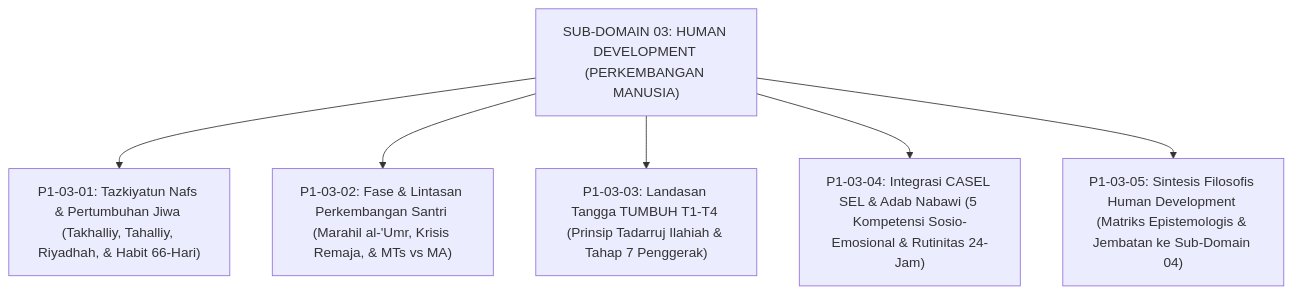
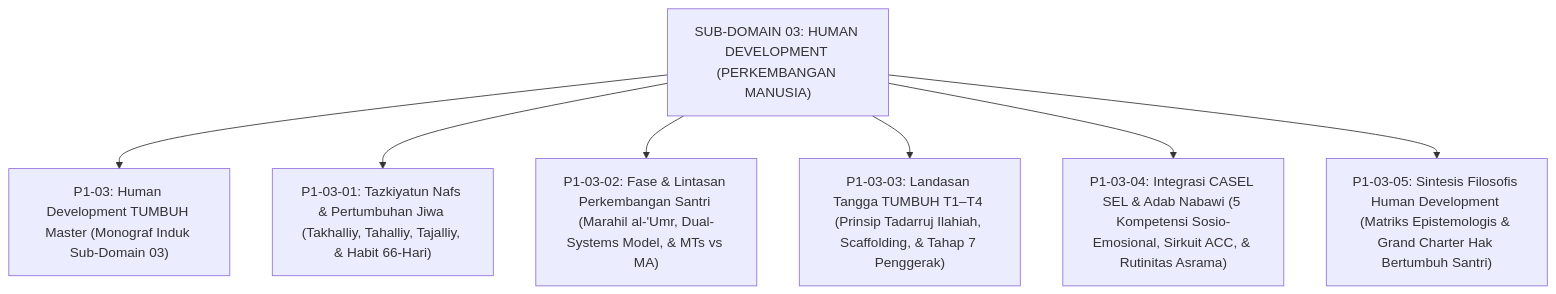
Before and after one commit to wandiapriliyandi/tumbuh: the diagram in 01 Philosophy/03 Human Development/README.md, drawn with Mermaid. The commit also changed other lines of this file and 31 other files, not shown here.

Commit message:
feat(philosophy): complete 100% comprehensive monographs for Sub-Domain 03, 04, 05, and 06 in 01 Philosophy

````diff
--- a/01 Philosophy/03 Human Development/README.md
+++ b/01 Philosophy/03 Human Development/README.md
@@ -14,10 +14,11 @@
 ```mermaid
 graph TD
     HumanDev["SUB-DOMAIN 03: HUMAN DEVELOPMENT (PERKEMBANGAN MANUSIA)"]
     
-    HumanDev --> M1["P1-03-01: Tazkiyatun Nafs & Pertumbuhan Jiwa (Takhalliy, Tahalliy, Riyadhah, & Habit 66-Hari)"]
-    HumanDev --> M2["P1-03-02: Fase & Lintasan Perkembangan Santri (Marahil al-'Umr, Krisis Remaja, & MTs vs MA)"]
-    HumanDev --> M3["P1-03-03: Landasan Tangga TUMBUH T1-T4 (Prinsip Tadarruj Ilahiah & Tahap 7 Penggerak)"]
-    HumanDev --> M4["P1-03-04: Integrasi CASEL SEL & Adab Nabawi (5 Kompetensi Sosio-Emosional & Rutinitas 24-Jam)"]
-    HumanDev --> M5["P1-03-05: Sintesis Filosofis Human Development (Matriks Epistemologis & Jembatan ke Sub-Domain 04)"]
+    HumanDev --> Master["P1-03: Human Development TUMBUH Master (Monograf Induk Sub-Domain 03)"]
+    HumanDev --> M1["P1-03-01: Tazkiyatun Nafs & Pertumbuhan Jiwa (Takhalliy, Tahalliy, Tajalliy, & Habit 66-Hari)"]
+    HumanDev --> M2["P1-03-02: Fase & Lintasan Perkembangan Santri (Marahil al-'Umr, Dual-Systems Model, & MTs vs MA)"]
+    HumanDev --> M3["P1-03-03: Landasan Tangga TUMBUH T1–T4 (Prinsip Tadarruj Ilahiah, Scaffolding, & Tahap 7 Penggerak)"]
+    HumanDev --> M4["P1-03-04: Integrasi CASEL SEL & Adab Nabawi (5 Kompetensi Sosio-Emosional, Sirkuit ACC, & Rutinitas Asrama)"]
+    HumanDev --> M5["P1-03-05: Sintesis Filosofis Human Development (Matriks Epistemologis & Grand Charter Hak Bertumbuh Santri)"]
 ```
````
